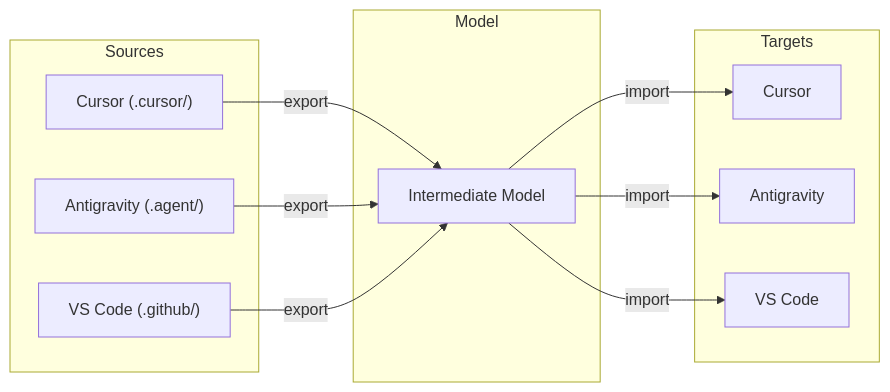
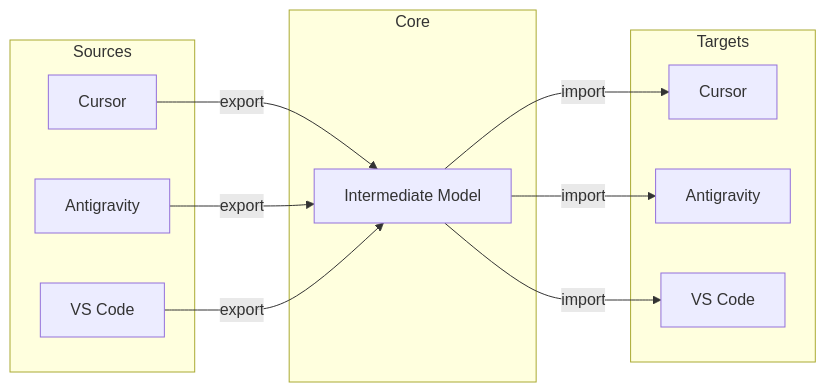
The first of 2 diagrams in docs/architecture.md (sceny/editorsync), drawn with Mermaid before and after one commit. The commit also changed other lines of this file and 16 other files, not shown here.

Commit message:
feat: Add core models, platform-specific logic for Cursor and Antigravity, comprehensive documentation, and a Jest testing framework.

````diff
--- a/docs/architecture.md
+++ b/docs/architecture.md
@@ -11,25 +11,25 @@
 ```mermaid
 flowchart LR
     subgraph Sources
-        C["Cursor (.cursor/)"]
-        A["Antigravity (.agent/)"]
-        V["VS Code (.github/)"]
+        C["Cursor"]
+        A["Antigravity"]
+        V["VS Code"]
     end
     
-    subgraph Model
+    subgraph Core
         M["Intermediate Model"]
     end
     
     subgraph Targets
         C2["Cursor"]
         A2["Antigravity"]
         V2["VS Code"]
     end
     
     C -->|export| M
     A -->|export| M
     V -->|export| M
     M -->|import| C2
     M -->|import| A2
     M -->|import| V2
 ```
````
